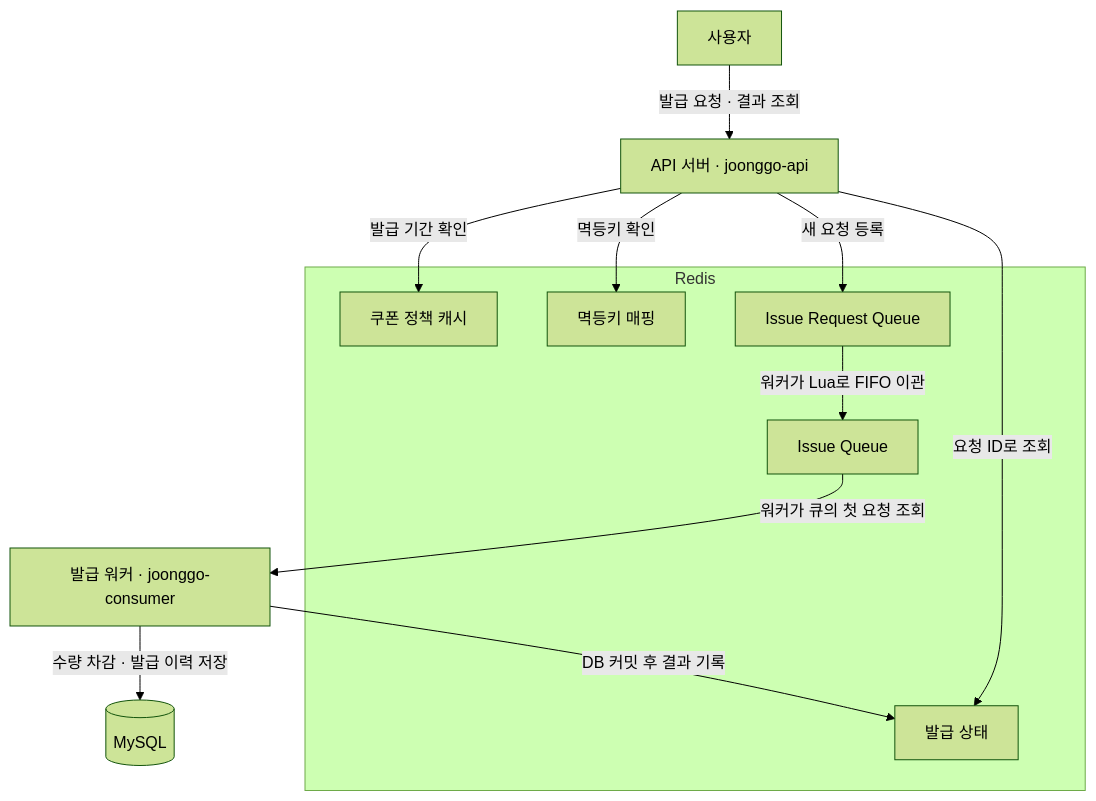
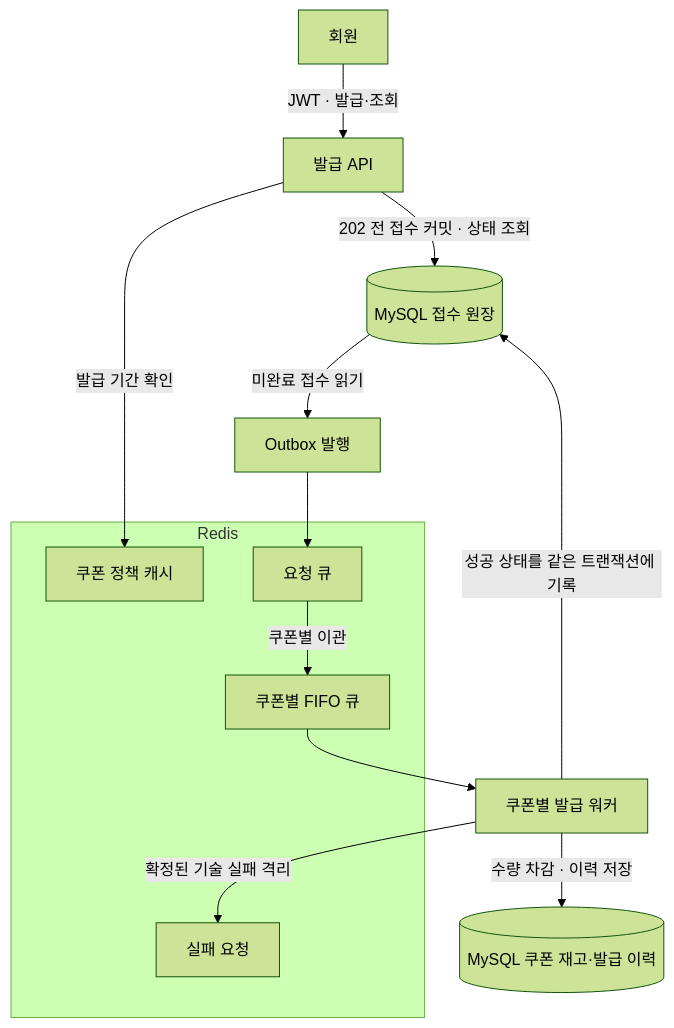
Before and after one commit to cxuxmxx/coupon-event-system: the diagram in README.md, drawn with Mermaid (forest theme). The commit also changed other lines of this file, not shown here.

Commit message:
docs: 고도화된 쿠폰 발급 아키텍처 반영

````diff
--- a/README.md
+++ b/README.md
@@ -12,25 +7,27 @@
 ```mermaid
 flowchart TB
-    Client["사용자"]
-    API["API 서버 · joonggo-api"]
-    Worker["발급 워커 · joonggo-consumer"]
-    DB[("MySQL")]
+    Client["회원"]
+    API["발급 API"]
+    Outbox[("MySQL 접수 원장")]
+    Relay["Outbox 발행"]
+    Worker["쿠폰별 발급 워커"]
+    Stock[("MySQL 쿠폰 재고·발급 이력")]
 
     subgraph Redis["Redis"]
         Policy["쿠폰 정책 캐시"]
-        Requests["Issue Request Queue"]
-        Issues["Issue Queue"]
-        Status["발급 상태"]
-        Idempotency["멱등키 매핑"]
+        Requests["요청 큐"]
+        Lanes["쿠폰별 FIFO 큐"]
+        DLQ["실패 요청"]
     end
 
-    Client -->|"발급 요청 · 결과 조회"| API
+    Client -->|"JWT · 발급·조회"| API
     API -->|"발급 기간 확인"| Policy
-    API -->|"멱등키 확인"| Idempotency
-    API -->|"새 요청 등록"| Requests
-    Requests -->|"워커가 Lua로 FIFO 이관"| Issues
-    Issues -->|"워커가 큐의 첫 요청 조회"| Worker
-    Worker -->|"수량 차감 · 발급 이력 저장"| DB
-    Worker -->|"DB 커밋 후 결과 기록"| Status
-    API -->|"요청 ID로 조회"| Status
+    API -->|"202 전 접수 커밋 · 상태 조회"| Outbox
+    Outbox -->|"미완료 접수 읽기"| Relay
+    Relay --> Requests
+    Requests -->|"쿠폰별 이관"| Lanes
+    Lanes --> Worker
+    Worker -->|"수량 차감 · 이력 저장"| Stock
+    Worker -->|"성공 상태를 같은 트랜잭션에 기록"| Outbox
+    Worker -->|"확정된 기술 실패 격리"| DLQ
 ```
````
